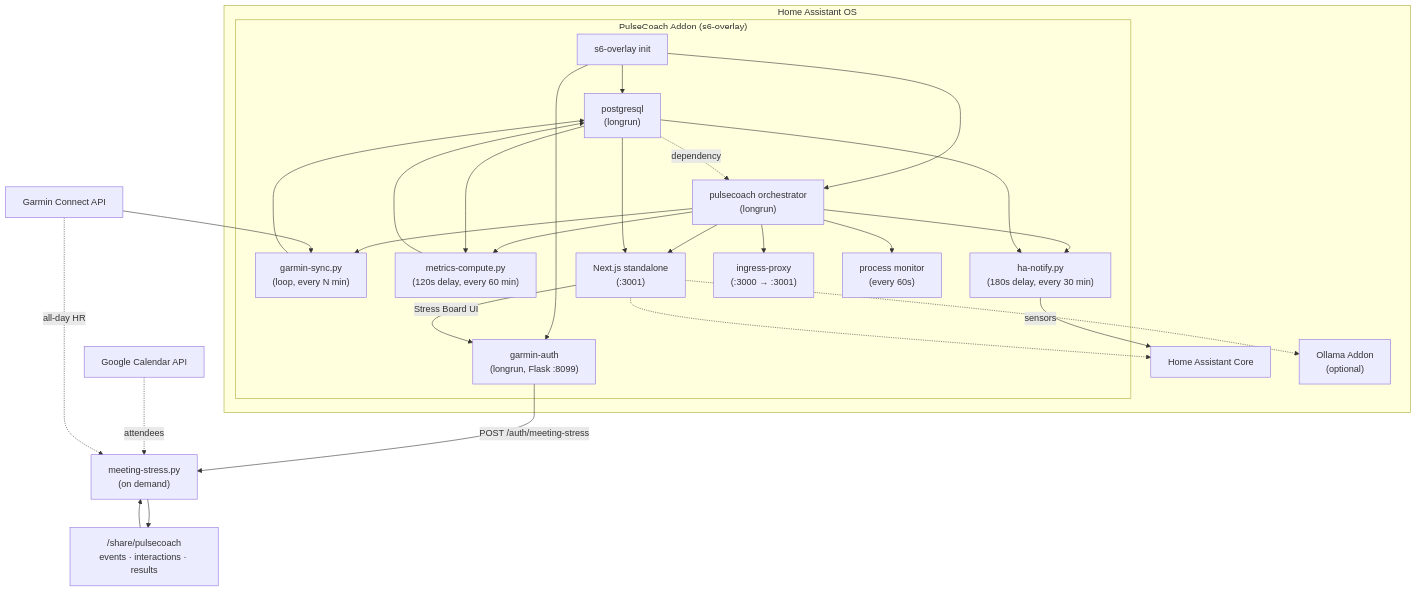
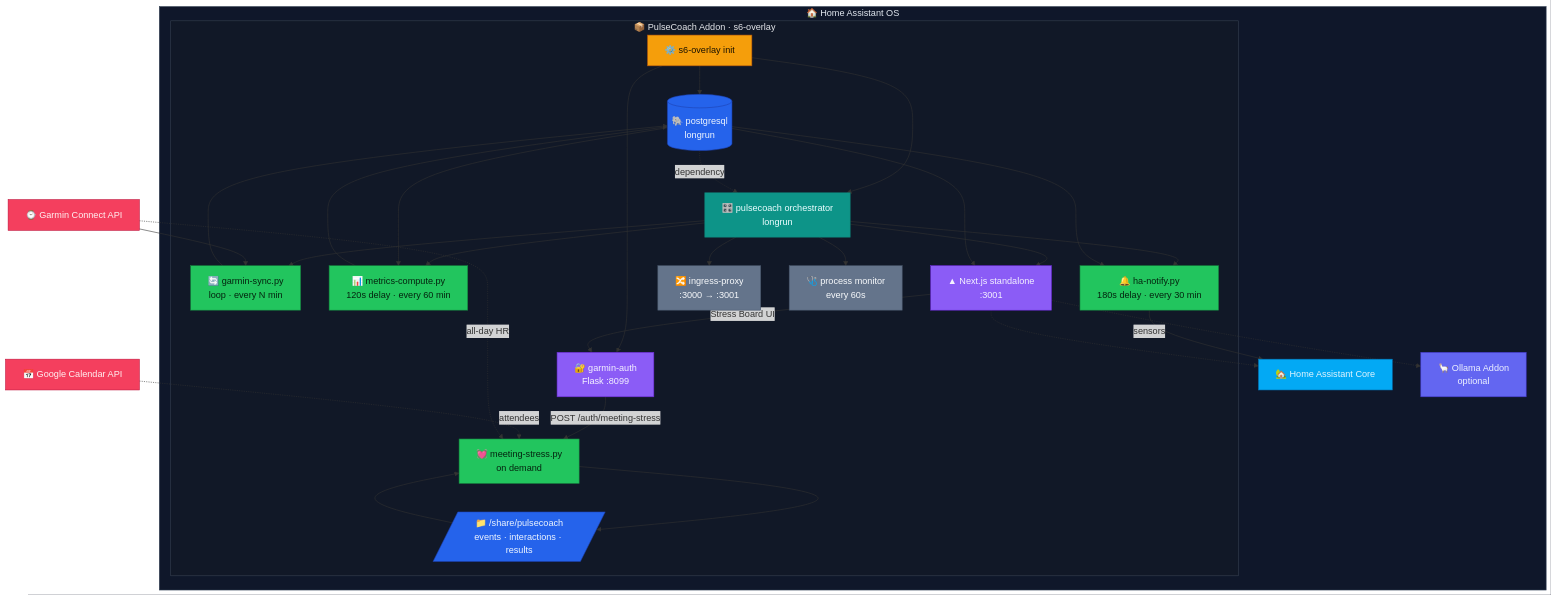
The diagram in README.md (askb/ha-garmin-fitness-coach-addon), drawn with Mermaid before and after one commit.

Commit message:
docs: colorize architecture diagram (#260)
Replace the monochrome graph with a colorful classDef-styled flowchart:
per-role fills (init/store/service/orchestrator/python-job/proxy/external/HA),
datastore + share shapes, and emoji node labels for faster scanning.

````diff
--- a/README.md
+++ b/README.md
@@ -133,53 +133,75 @@
 ```mermaid
-graph TD
-    subgraph "Home Assistant OS"
-        subgraph "PulseCoach Addon (s6-overlay)"
-            S6["s6-overlay init"]
-            PG["postgresql<br/>(longrun)"]
-            Auth["garmin-auth<br/>(longrun, Flask :8099)"]
-            GC["pulsecoach orchestrator<br/>(longrun)"]
-            Sync["garmin-sync.py<br/>(loop, every N min)"]
-            Metrics["metrics-compute.py<br/>(120s delay, every 60 min)"]
-            Notify["ha-notify.py<br/>(180s delay, every 30 min)"]
-            NextJS["Next.js standalone<br/>(:3001)"]
-            Ingress["ingress-proxy<br/>(:3000 → :3001)"]
-            Monitor["process monitor<br/>(every 60s)"]
+flowchart TD
+    subgraph HAOS["🏠 Home Assistant OS"]
+        subgraph ADDON["📦 PulseCoach Addon · s6-overlay"]
+            S6["⚙️ s6-overlay init"]
+            PG[("🐘 postgresql<br/>longrun")]
+            Auth["🔐 garmin-auth<br/>Flask :8099"]
+            GC["🎛️ pulsecoach orchestrator<br/>longrun"]
+            Sync["🔄 garmin-sync.py<br/>loop · every N min"]
+            Metrics["📊 metrics-compute.py<br/>120s delay · every 60 min"]
+            Notify["🔔 ha-notify.py<br/>180s delay · every 30 min"]
+            NextJS["▲ Next.js standalone<br/>:3001"]
+            Ingress["🔀 ingress-proxy<br/>:3000 → :3001"]
+            Monitor["🩺 process monitor<br/>every 60s"]
+            Stress["💓 meeting-stress.py<br/>on demand"]
+            Share[/"📁 /share/pulsecoach<br/>events · interactions · results"/]
         end
-        HA["Home Assistant Core"]
-        Ollama["Ollama Addon<br/>(optional)"]
+        HA["🏡 Home Assistant Core"]
+        Ollama["🦙 Ollama Addon<br/>optional"]
     end
 
-    Garmin["Garmin Connect API"]
+    Garmin["⌚ Garmin Connect API"]
+    GCal["📅 Google Calendar API"]
 
     S6 --> PG
     S6 --> Auth
     S6 --> GC
     PG -.->|dependency| GC
     GC --> Sync
     GC --> Metrics
     GC --> Notify
     GC --> NextJS
     GC --> Ingress
     GC --> Monitor
 
     Garmin --> Sync
     Sync --> PG
     PG --> Metrics
     Metrics --> PG
     PG --> Notify
     Notify -->|sensors| HA
     PG --> NextJS
     NextJS -.-> Ollama
     NextJS -.-> HA
 
-    GCal["Google Calendar API"]
-    Stress["meeting-stress.py<br/>(on demand)"]
-    Share["/share/pulsecoach<br/>events · interactions · results"]
-
     Auth -->|POST /auth/meeting-stress| Stress
     GCal -.->|attendees| Stress
     Garmin -.->|all-day HR| Stress
     Share --> Stress
     Stress --> Share
     NextJS -->|Stress Board UI| Auth
+
+    classDef init fill:#f59e0b,stroke:#b45309,color:#1a1200,stroke-width:1px;
+    classDef store fill:#2563eb,stroke:#1e40af,color:#eff6ff,stroke-width:1px;
+    classDef service fill:#8b5cf6,stroke:#6d28d9,color:#f5f3ff,stroke-width:1px;
+    classDef orch fill:#0d9488,stroke:#0f766e,color:#ecfeff,stroke-width:1px;
+    classDef pyjob fill:#22c55e,stroke:#15803d,color:#04240f,stroke-width:1px;
+    classDef proxy fill:#64748b,stroke:#475569,color:#f8fafc,stroke-width:1px;
+    classDef external fill:#f43f5e,stroke:#be123c,color:#fff1f2,stroke-width:1px;
+    classDef ha fill:#03a9f4,stroke:#0277bd,color:#e1f5fe,stroke-width:1px;
+    classDef local fill:#6366f1,stroke:#4338ca,color:#eef2ff,stroke-width:1px;
+
+    class S6 init;
+    class PG,Share store;
+    class Auth,NextJS service;
+    class GC orch;
+    class Sync,Metrics,Notify,Stress pyjob;
+    class Ingress,Monitor proxy;
+    class Garmin,GCal external;
+    class Ollama local;
+    class HA ha;
+
+    style HAOS fill:#0f172a,stroke:#334155,color:#e2e8f0;
+    style ADDON fill:#111827,stroke:#374151,color:#e5e7eb;
 ```
````
